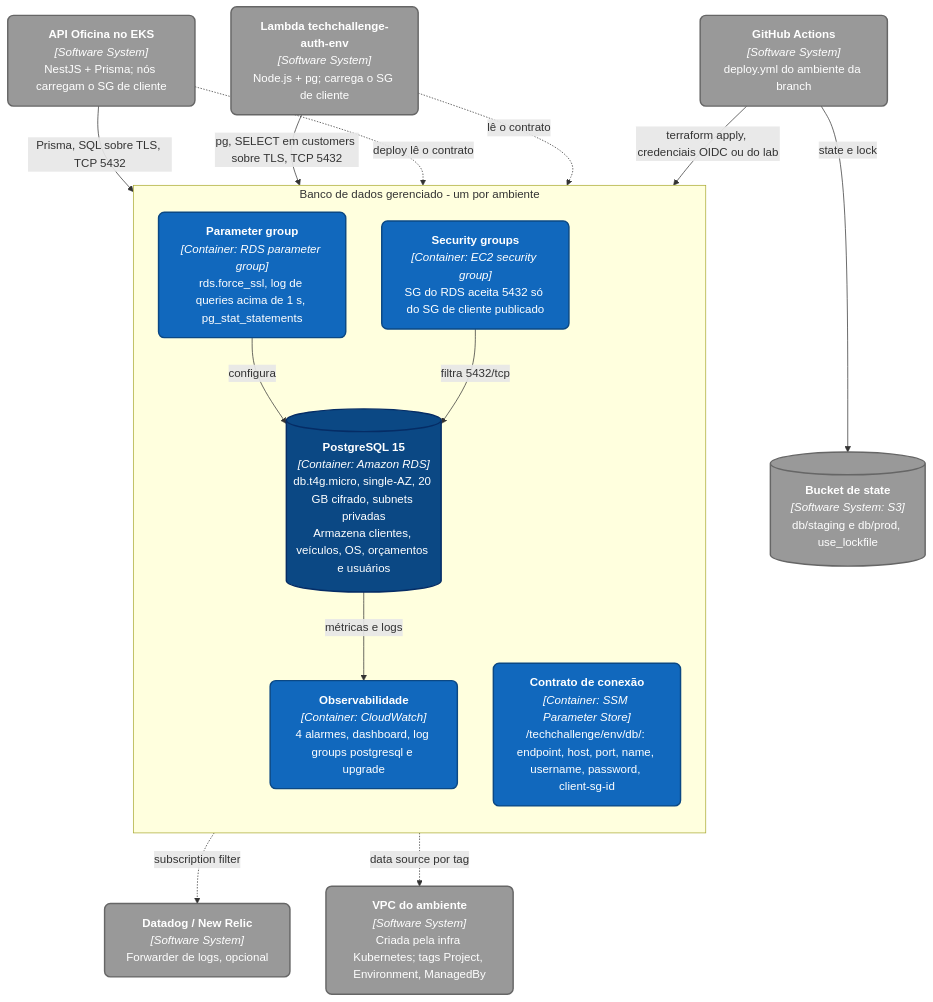
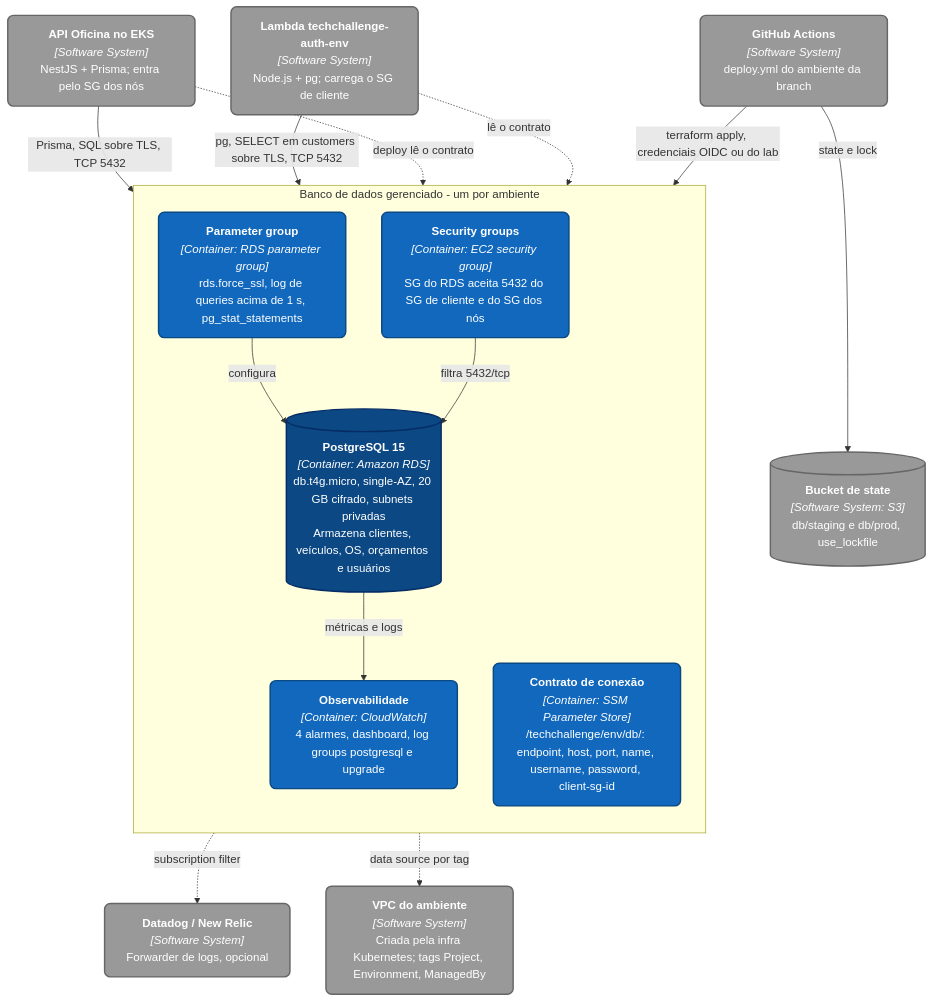
Before and after one commit to DevKaue/tech-challenge-database-infra: the diagram in docs/C4Model/container.mmd, drawn with Mermaid. The commit also changed 6 other files, not shown here.

Commit message:
docs: atualiza diagramas e guias para o ingress pelo SG dos nós

```diff
--- a/docs/C4Model/container.mmd
+++ b/docs/C4Model/container.mmd
@@ -1,39 +1,39 @@
 graph TD
     %% Estilos das Classes (mantendo identidade visual do diagrama de contexto)
     classDef person fill:#084298,stroke:#052c65,stroke-width:2px,color:#ffffff,rx:10px,ry:10px;
     classDef systemBoundary fill:#e7f1ff,stroke:#0b4884,stroke-width:2px,color:#052c65,rx:10px,ry:10px;
     classDef container fill:#1168bd,stroke:#0b4884,stroke-width:2px,color:#ffffff,rx:8px,ry:8px;
     classDef database fill:#0b4884,stroke:#052c65,stroke-width:2px,color:#ffffff,rx:8px,ry:8px;
     classDef extSystem fill:#999999,stroke:#666666,stroke-width:2px,color:#ffffff,rx:8px,ry:8px;
 
     %% Sistemas externos
     GHA["<b>GitHub Actions</b><br/><i>[Software System]</i><br/>deploy.yml do ambiente da branch"]:::extSystem
     S3[("<b>Bucket de state</b><br/><i>[Software System: S3]</i><br/>db/staging e db/prod, use_lockfile")]:::extSystem
     VPC["<b>VPC do ambiente</b><br/><i>[Software System]</i><br/>Criada pela infra Kubernetes; tags Project, Environment, ManagedBy"]:::extSystem
-    APP["<b>API Oficina no EKS</b><br/><i>[Software System]</i><br/>NestJS + Prisma; nós carregam o SG de cliente"]:::extSystem
+    APP["<b>API Oficina no EKS</b><br/><i>[Software System]</i><br/>NestJS + Prisma; entra pelo SG dos nós"]:::extSystem
     FN["<b>Lambda techchallenge-auth-env</b><br/><i>[Software System]</i><br/>Node.js + pg; carrega o SG de cliente"]:::extSystem
     OBS["<b>Datadog / New Relic</b><br/><i>[Software System]</i><br/>Forwarder de logs, opcional"]:::extSystem
 
     %% Fronteira do Sistema
     subgraph SB["Banco de dados gerenciado - um por ambiente"]
         direction TB
         DB[("<b>PostgreSQL 15</b><br/><i>[Container: Amazon RDS]</i><br/>db.t4g.micro, single-AZ, 20 GB cifrado, subnets privadas<br/>Armazena clientes, veículos, OS, orçamentos e usuários")]:::database
         PG["<b>Parameter group</b><br/><i>[Container: RDS parameter group]</i><br/>rds.force_ssl, log de queries acima de 1 s, pg_stat_statements"]:::container
-        SG["<b>Security groups</b><br/><i>[Container: EC2 security group]</i><br/>SG do RDS aceita 5432 só do SG de cliente publicado"]:::container
+        SG["<b>Security groups</b><br/><i>[Container: EC2 security group]</i><br/>SG do RDS aceita 5432 do SG de cliente e do SG dos nós"]:::container
         SSM["<b>Contrato de conexão</b><br/><i>[Container: SSM Parameter Store]</i><br/>/techchallenge/env/db/: endpoint, host, port, name, username, password, client-sg-id"]:::container
         CW["<b>Observabilidade</b><br/><i>[Container: CloudWatch]</i><br/>4 alarmes, dashboard, log groups postgresql e upgrade"]:::container
     end
     class SB systemBoundary
 
     %% Relacionamentos
     GHA -->|"terraform apply, credenciais OIDC ou do lab"| SB
     GHA -->|"state e lock"| S3
     SB -.->|"data source por tag"| VPC
     PG -->|"configura"| DB
     SG -->|"filtra 5432/tcp"| DB
     APP -->|"Prisma, SQL sobre TLS, TCP 5432"| DB
     FN -->|"pg, SELECT em customers sobre TLS, TCP 5432"| DB
     APP -.->|"deploy lê o contrato"| SSM
     FN -.->|"lê o contrato"| SSM
     DB -->|"métricas e logs"| CW
     CW -.->|"subscription filter"| OBS
```
